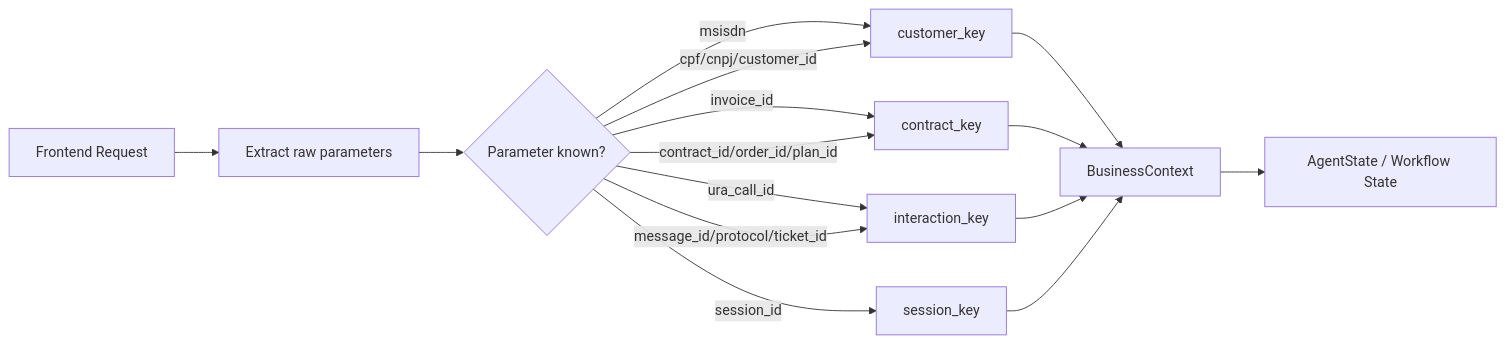
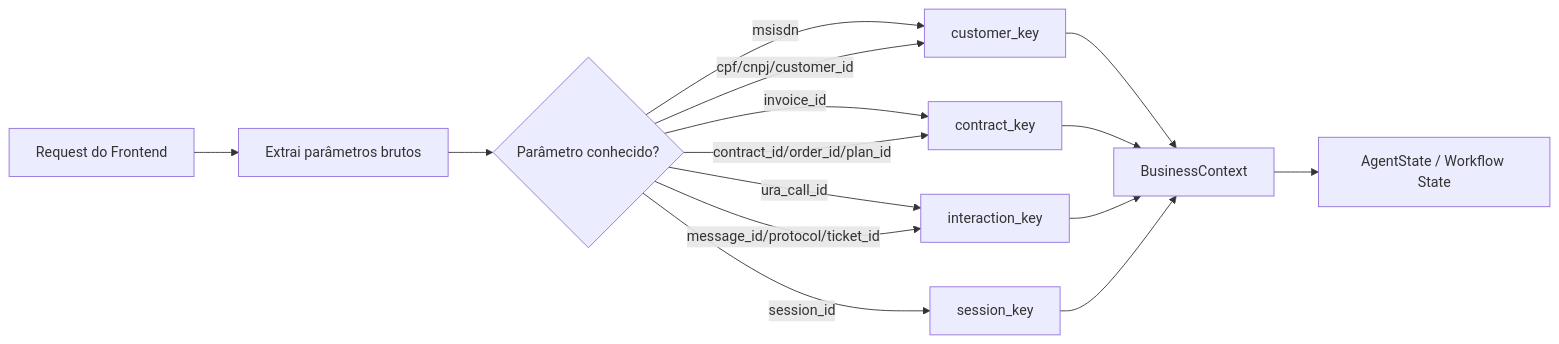
Before and after one commit to hoshikawa2/agent_framework_oci_2: the fifth of 8 diagrams in README.md, drawn with Mermaid. The commit also changed other lines of this file and 227 other files, not shown here.

````diff
--- a/README.md
+++ b/README.md
@@ -4609,25 +4624,25 @@
 ```mermaid
 flowchart LR
 
-    A[Frontend Request] --> B[Extract raw parameters]
+    A[Request do Frontend] --> B[Extrai parâmetros brutos]
 
-    B --> C{Parameter known?}
+    B --> C{Parâmetro conhecido?}
 
     C -->|msisdn| D[customer_key]
     C -->|cpf/cnpj/customer_id| D
 
     C -->|invoice_id| E[contract_key]
     C -->|contract_id/order_id/plan_id| E
 
     C -->|ura_call_id| F[interaction_key]
     C -->|message_id/protocol/ticket_id| F
 
     C -->|session_id| G[session_key]
 
     D --> H[BusinessContext]
     E --> H
     F --> H
     G --> H
 
     H --> I[AgentState / Workflow State]
 ```
````
